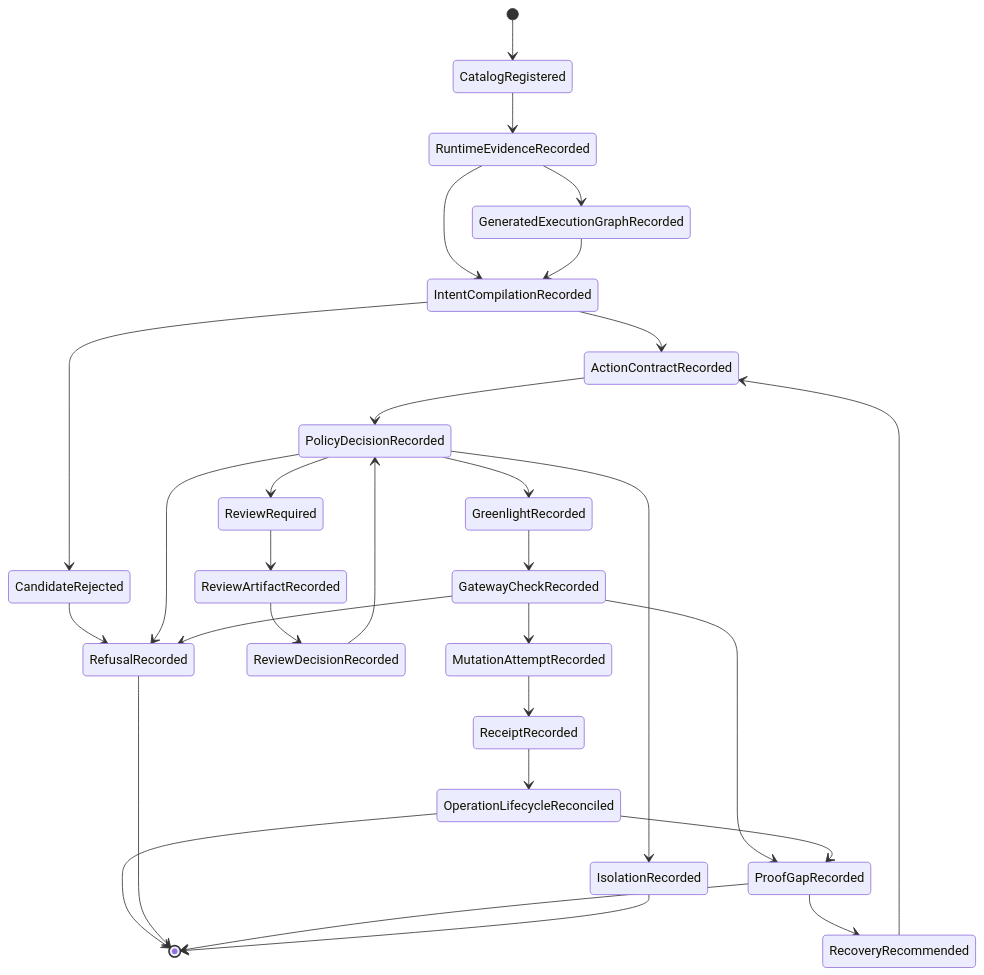
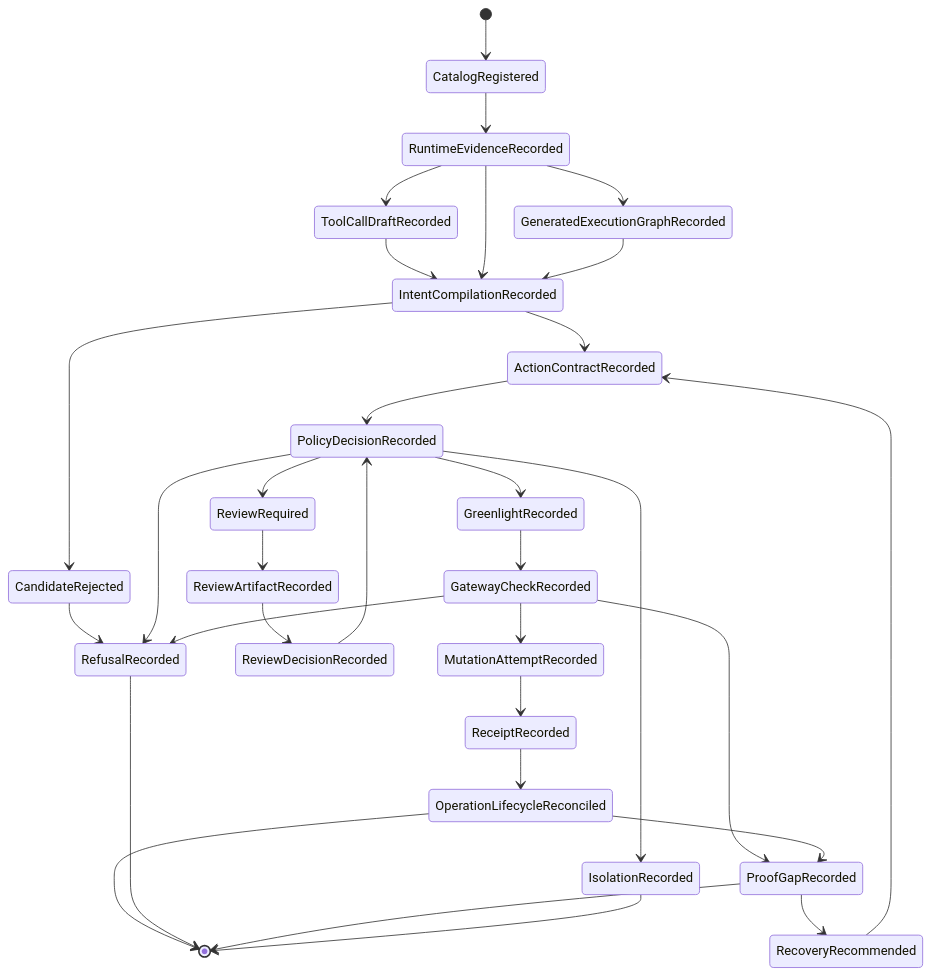
Before and after one commit to CreasyBear/handshake-protocol-source: the second of 2 diagrams in docs/internal/protocol-kernel-architecture.md, drawn with Mermaid. The commit also changed other lines of this file and 6 other files, not shown here.

````diff
--- a/docs/internal/protocol-kernel-architecture.md
+++ b/docs/internal/protocol-kernel-architecture.md
@@ -226,32 +287,34 @@
 ```mermaid
 stateDiagram-v2
   [*] --> CatalogRegistered
   CatalogRegistered --> RuntimeEvidenceRecorded
   RuntimeEvidenceRecorded --> GeneratedExecutionGraphRecorded
+  RuntimeEvidenceRecorded --> ToolCallDraftRecorded
+  ToolCallDraftRecorded --> IntentCompilationRecorded
   RuntimeEvidenceRecorded --> IntentCompilationRecorded
   GeneratedExecutionGraphRecorded --> IntentCompilationRecorded
   IntentCompilationRecorded --> CandidateRejected
   IntentCompilationRecorded --> ActionContractRecorded
   CandidateRejected --> RefusalRecorded
   ActionContractRecorded --> PolicyDecisionRecorded
   PolicyDecisionRecorded --> GreenlightRecorded
   PolicyDecisionRecorded --> ReviewRequired
   PolicyDecisionRecorded --> RefusalRecorded
   PolicyDecisionRecorded --> IsolationRecorded
   ReviewRequired --> ReviewArtifactRecorded
   ReviewArtifactRecorded --> ReviewDecisionRecorded
   ReviewDecisionRecorded --> PolicyDecisionRecorded
   GreenlightRecorded --> GatewayCheckRecorded
   GatewayCheckRecorded --> MutationAttemptRecorded
   GatewayCheckRecorded --> RefusalRecorded
   GatewayCheckRecorded --> ProofGapRecorded
   MutationAttemptRecorded --> ReceiptRecorded
   ReceiptRecorded --> OperationLifecycleReconciled
   OperationLifecycleReconciled --> ProofGapRecorded
   OperationLifecycleReconciled --> [*]
   RefusalRecorded --> [*]
   ProofGapRecorded --> RecoveryRecommended
   RecoveryRecommended --> ActionContractRecorded
   ProofGapRecorded --> [*]
   IsolationRecorded --> [*]
 ```
````
